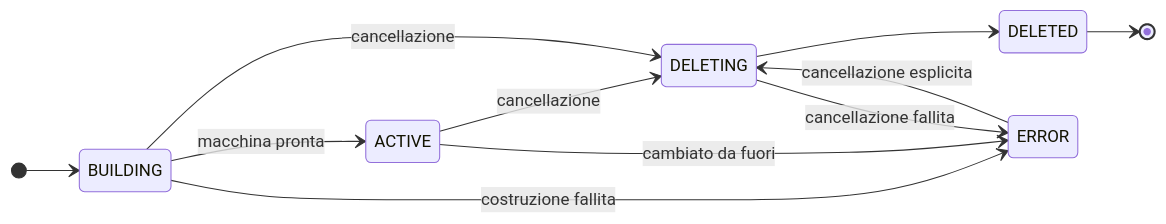
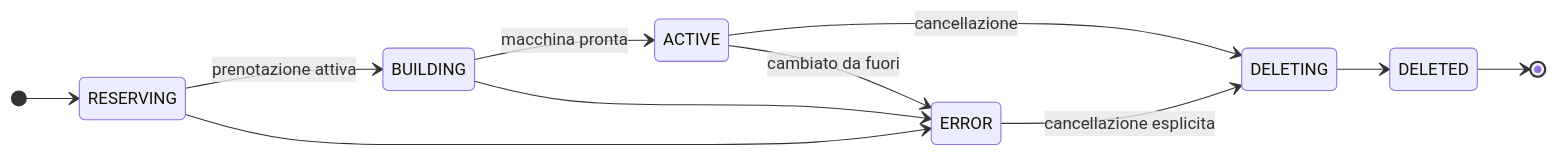
Before and after one commit to taekwondodev/orbit: the third of 3 diagrams in README.md, drawn with Mermaid. The commit also changed other lines of this file and 11 other files, not shown here.

````diff
--- a/README.md
+++ b/README.md
@@ -113,15 +109,15 @@
 ```mermaid
 stateDiagram-v2
     direction LR
-    [*] --> BUILDING
+    [*] --> RESERVING
+    RESERVING --> BUILDING: prenotazione attiva
     BUILDING --> ACTIVE: macchina pronta
     ACTIVE --> DELETING: cancellazione
-    BUILDING --> DELETING: cancellazione
     DELETING --> DELETED
     DELETED --> [*]
 
-    BUILDING --> ERROR: costruzione fallita
+    RESERVING --> ERROR
+    BUILDING --> ERROR
     ACTIVE --> ERROR: cambiato da fuori
-    DELETING --> ERROR: cancellazione fallita
     ERROR --> DELETING: cancellazione esplicita
 ```
````
